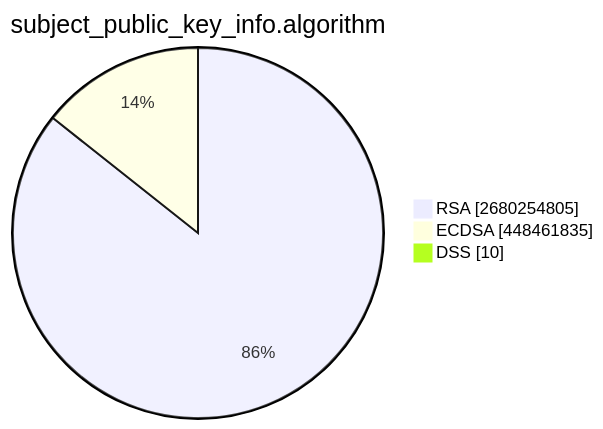
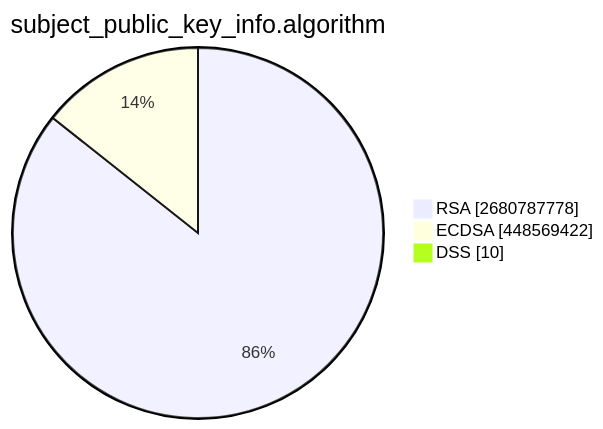
Before and after one commit to christiankrug/ctmonitor_visualization: the second of 15 diagrams in TOTAL/README.md, drawn with Mermaid. The commit also changed other lines of this file, not shown here.

````diff
--- a/TOTAL/README.md
+++ b/TOTAL/README.md
@@ -6,7 +6,7 @@
 ```mermaid
 pie showData
 title subject_public_key_info.algorithm
-"RSA" :2680254805
-"ECDSA" :448461835
+"RSA" :2680787778
+"ECDSA" :448569422
 "DSS" :10
 ```
````
